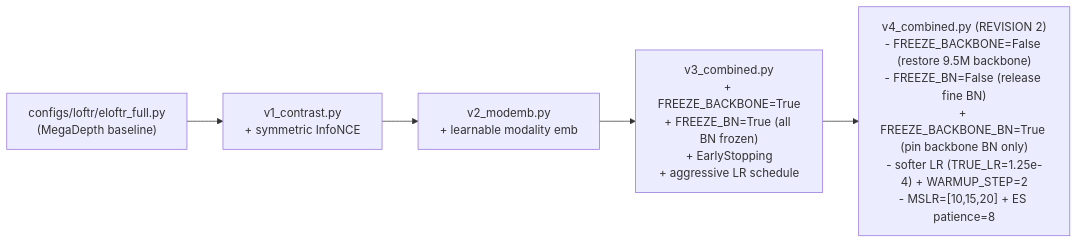
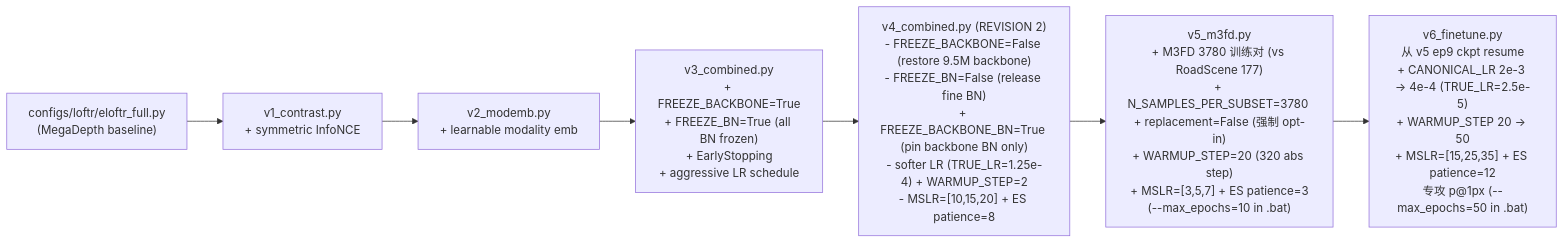
One commit to abirdlikefish/eloftr changed the first of 4 diagrams in .cursor/skills/eloftr-cross-modal-experiments/SKILL.md. Above: the diagram before and after it, drawn with Mermaid. The commit also changed other lines of this file and 20 other files, not shown here.

````diff
--- a/.cursor/skills/eloftr-cross-modal-experiments/SKILL.md
+++ b/.cursor/skills/eloftr-cross-modal-experiments/SKILL.md
@@ -13,7 +13,9 @@
 ```mermaid
 flowchart LR
     base["configs/loftr/eloftr_full.py<br/>(MegaDepth baseline)"] --> v1["v1_contrast.py<br/>+ symmetric InfoNCE"]
     v1 --> v2["v2_modemb.py<br/>+ learnable modality emb"]
     v2 --> v3["v3_combined.py<br/>+ FREEZE_BACKBONE=True<br/>+ FREEZE_BN=True (all BN frozen)<br/>+ EarlyStopping<br/>+ aggressive LR schedule"]
     v3 --> v4["v4_combined.py (REVISION 2)<br/>- FREEZE_BACKBONE=False (restore 9.5M backbone)<br/>- FREEZE_BN=False (release fine BN)<br/>+ FREEZE_BACKBONE_BN=True (pin backbone BN only)<br/>- softer LR (TRUE_LR=1.25e-4) + WARMUP_STEP=2<br/>- MSLR=[10,15,20] + ES patience=8"]
+    v4 --> v5["v5_m3fd.py<br/>+ M3FD 3780 训练对 (vs RoadScene 177)<br/>+ N_SAMPLES_PER_SUBSET=3780 + replacement=False (强制 opt-in)<br/>+ WARMUP_STEP=20 (320 abs step)<br/>+ MSLR=[3,5,7] + ES patience=3<br/>(--max_epochs=10 in .bat)"]
+    v5 --> v6["v6_finetune.py<br/>从 v5 ep9 ckpt resume<br/>+ CANONICAL_LR 2e-3 → 4e-4 (TRUE_LR=2.5e-5)<br/>+ WARMUP_STEP 20 → 50<br/>+ MSLR=[15,25,35] + ES patience=12<br/>专攻 p@1px (--max_epochs=50 in .bat)"]
 ```
````
